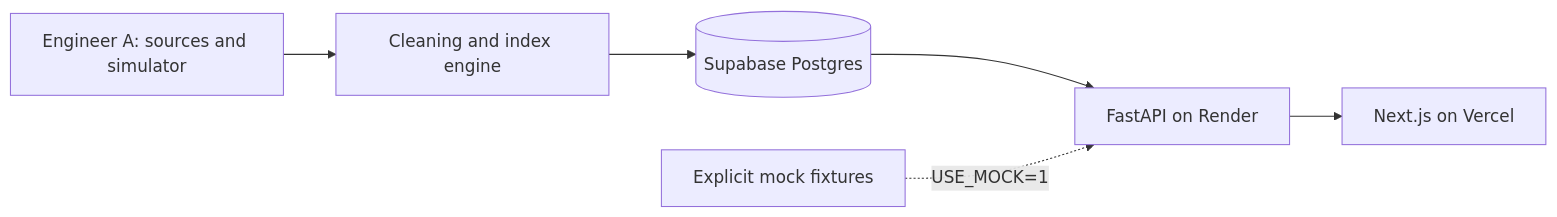
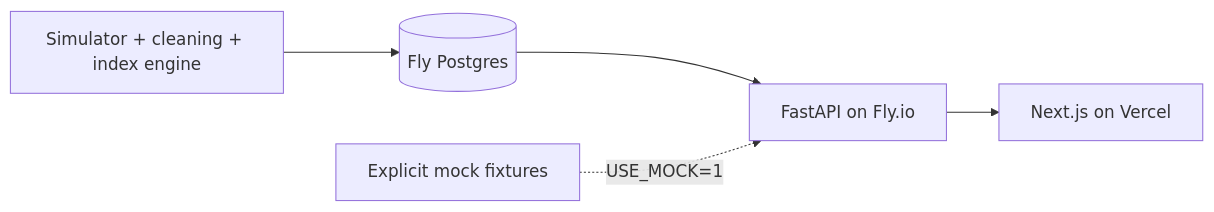
One commit to Aryan-Arora/APIx- changed the diagram in README.md. Above: the diagram before and after it, drawn with Mermaid. The commit also changed other lines of this file and 3 other files, not shown here.

````diff
--- a/README.md
+++ b/README.md
@@ -42,8 +47,7 @@
 ```mermaid
 flowchart LR
-  A[Engineer A: sources and simulator] --> B[Cleaning and index engine]
-  B --> C[(Supabase Postgres)]
-  C --> D[FastAPI on Render]
+  A[Simulator + cleaning + index engine] --> C[(Fly Postgres)]
+  C --> D[FastAPI on Fly.io]
   D --> E[Next.js on Vercel]
   F[Explicit mock fixtures] -. USE_MOCK=1 .-> D
 ```
````
